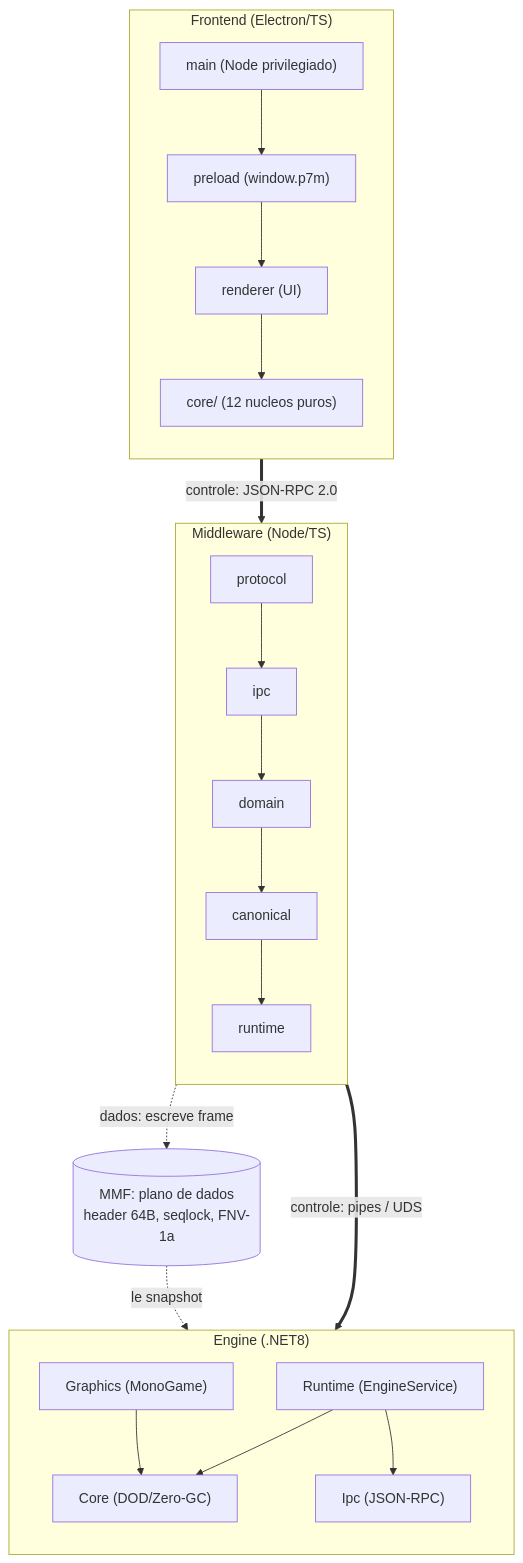
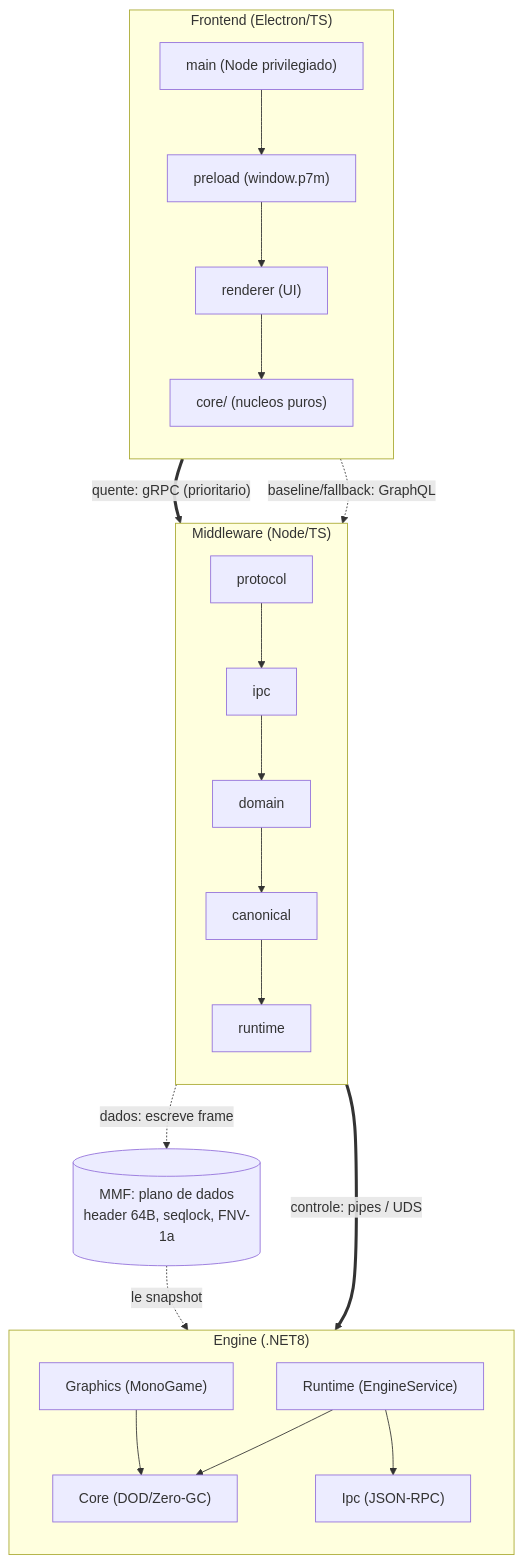
One commit to flaviotinococoutinho/Gridsmith changed the first of 3 diagrams in README.md. Above: the diagram before and after it, drawn with Mermaid. The commit also changed other lines of this file and 49 other files, not shown here.

````diff
--- a/README.md
+++ b/README.md
@@ -13,35 +13,36 @@
 ```mermaid
 graph TD
   subgraph FE["Frontend (Electron/TS)"]
     direction TB
     FEmain["main (Node privilegiado)"]
     FEpre["preload (window.p7m)"]
     FErnd["renderer (UI)"]
-    FEcore["core/ (12 nucleos puros)"]
+    FEcore["core/ (nucleos puros)"]
     FEmain --> FEpre --> FErnd --> FEcore
   end
   subgraph MW["Middleware (Node/TS)"]
     direction TB
     MWproto["protocol"]
     MWipc["ipc"]
     MWdom["domain"]
     MWcanon["canonical"]
     MWrt["runtime"]
     MWproto --> MWipc --> MWdom --> MWcanon --> MWrt
   end
   subgraph EN["Engine (.NET8)"]
     direction TB
     ENgfx["Graphics (MonoGame)"]
     ENrt["Runtime (EngineService)"]
     ENcore["Core (DOD/Zero-GC)"]
     ENipc["Ipc (JSON-RPC)"]
     ENrt --> ENcore
     ENrt --> ENipc
     ENgfx --> ENcore
   end
   MMF[("MMF: plano de dados<br/>header 64B, seqlock, FNV-1a")]
-  FEmain == "controle: JSON-RPC 2.0" ==> MWproto
+  FEmain == "quente: gRPC (prioritario)" ==> MWproto
+  FEmain -. "baseline/fallback: GraphQL" .-> MWproto
   MWipc == "controle: pipes / UDS" ==> ENipc
   MWrt -. "dados: escreve frame" .-> MMF
   MMF -. "le snapshot" .-> ENrt
 ```
````
